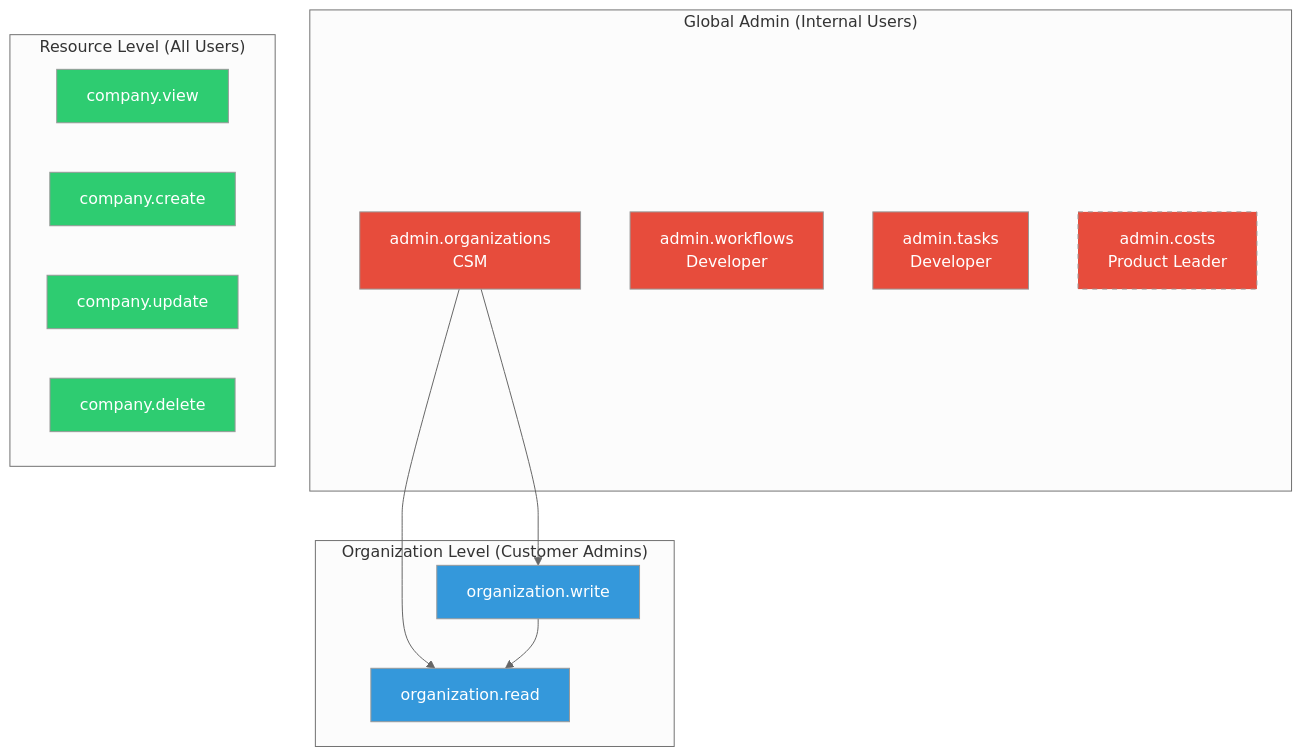
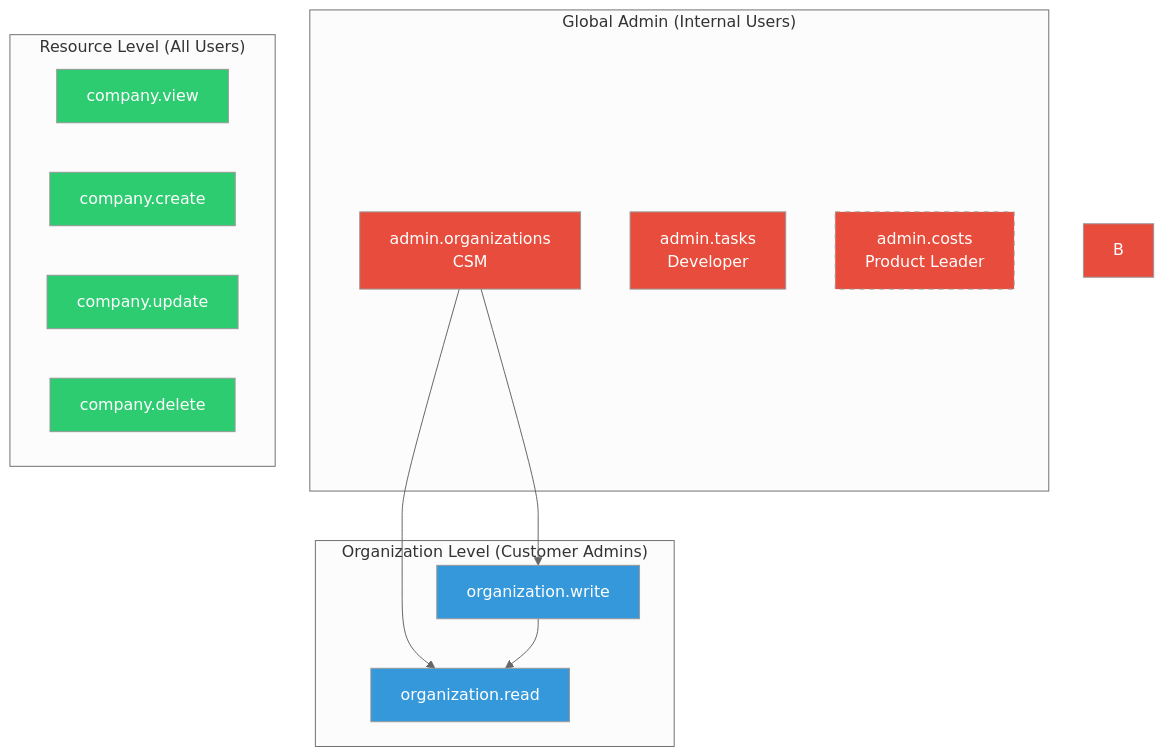
Before and after one commit to secharif-chaps/qa-orchestrator-public: the first of 3 diagrams in docs/architecture/05-security/authorization.md, drawn with Mermaid (neutral theme). The commit also changed other lines of this file and 7 other files, not shown here.

````diff
--- a/docs/architecture/05-security/authorization.md
+++ b/docs/architecture/05-security/authorization.md
@@ -55,36 +54,35 @@
 ```mermaid
 graph TD
     subgraph "Global Admin (Internal Users)"
         A[admin.organizations<br/>CSM]
-        B[admin.workflows<br/>Developer]
         T[admin.tasks<br/>Developer]
         C[admin.costs<br/>Product Leader]
     end
 
     subgraph "Organization Level (Customer Admins)"
         D[organization.read]
         E[organization.write]
     end
 
     subgraph "Resource Level (All Users)"
         F[company.view]
         G[company.create]
         H[company.update]
         I[company.delete]
     end
 
     A --> D
     A --> E
     E --> D
 
     style A fill:#e74c3c,color:#fff
     style B fill:#e74c3c,color:#fff
     style T fill:#e74c3c,color:#fff
     style C fill:#e74c3c,color:#fff,stroke-dasharray: 5 5
     style D fill:#3498db,color:#fff
     style E fill:#3498db,color:#fff
     style F fill:#2ecc71,color:#fff
     style G fill:#2ecc71,color:#fff
     style H fill:#2ecc71,color:#fff
     style I fill:#2ecc71,color:#fff
 ```
````
